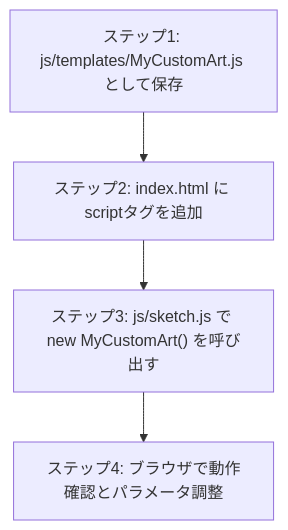
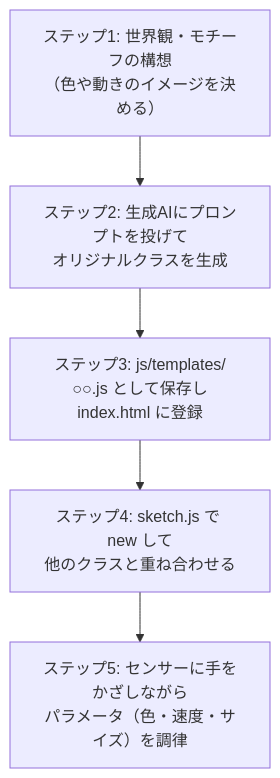
One commit to takagino/tri-education changed the diagram in ws1/2nd/ai-content/_lectures/04_p5jsとセンサー.md. Above: the diagram before and after it, drawn with Mermaid. The commit also changed other lines of this file and 106 other files, not shown here.

````diff
--- a/ws1/2nd/ai-content/_lectures/04_p5jsとセンサー.md
+++ b/ws1/2nd/ai-content/_lectures/04_p5jsとセンサー.md
@@ -919,6 +1722,7 @@
 ```mermaid
 graph TD
-    S1["ステップ1: js/templates/MyCustomArt.js として保存"] --> S2["ステップ2: index.html に scriptタグを追加"]
-    S2 --> S3["ステップ3: js/sketch.js で new MyCustomArt() を呼び出す"]
-    S3 --> S4["ステップ4: ブラウザで動作確認とパラメータ調整"]
+    S1["ステップ1: 世界観・モチーフの構想<br>（色や動きのイメージを決める）"] --> S2["ステップ2: 生成AIにプロンプトを投げて<br>オリジナルクラスを生成"]
+    S2 --> S3["ステップ3: js/templates/○○.js として保存し<br>index.html に登録"]
+    S3 --> S4["ステップ4: sketch.js で new して<br>他のクラスと重ね合わせる"]
+    S4 --> S5["ステップ5: センサーに手をかざしながら<br>パラメータ（色・速度・サイズ）を調律"]
 ```
````
